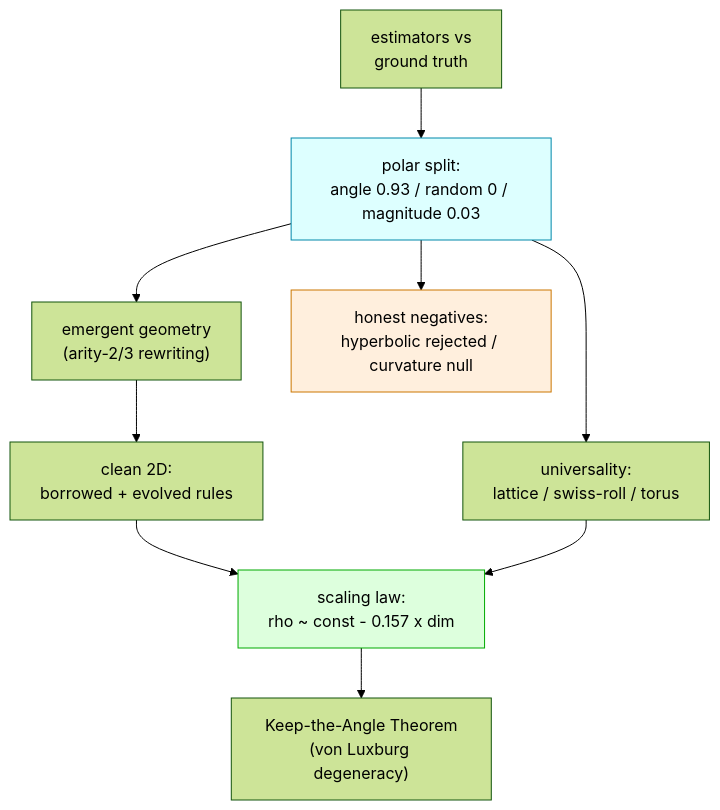
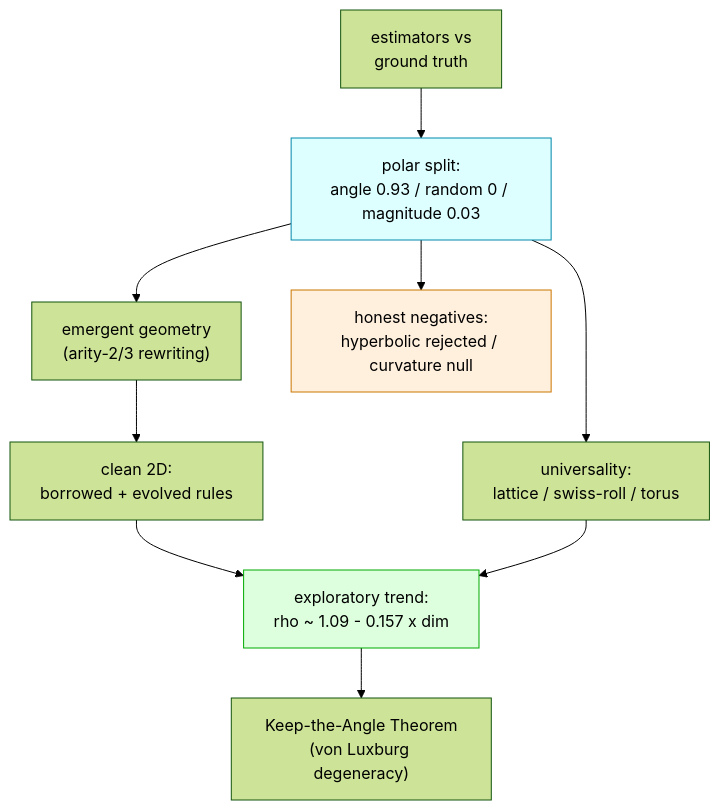
The third of 3 diagrams in README.md (ahb-sjsu/the-angular-observer), drawn with Mermaid (forest theme) before and after one commit. The commit also changed other lines of this file and 1 other file, not shown here.

````diff
--- a/README.md
+++ b/README.md
@@ -113,14 +113,14 @@
 ```mermaid
 flowchart TD
     R0["estimators vs<br/>ground truth"] --> R1["polar split:<br/>angle 0.93 / random 0 / magnitude 0.03"]
     R1 --> EM["emergent geometry<br/>(arity-2/3 rewriting)"]
     EM --> D2["clean 2D:<br/>borrowed + evolved rules"]
     R1 --> U["universality:<br/>lattice / swiss-roll / torus"]
-    D2 --> LAW["scaling law:<br/>rho ~ const - 0.157 x dim"]
+    D2 --> LAW["exploratory trend:<br/>rho ~ 1.09 - 0.157 x dim"]
     U --> LAW
     LAW --> T["Keep-the-Angle Theorem<br/>(von Luxburg degeneracy)"]
     R1 --> NEG["honest negatives:<br/>hyperbolic rejected / curvature null"]
     style R1 fill:#ddffff,stroke:#0088aa
     style LAW fill:#ddffdd,stroke:#00aa00
     style NEG fill:#ffefdd,stroke:#cc7700
 ```
````
